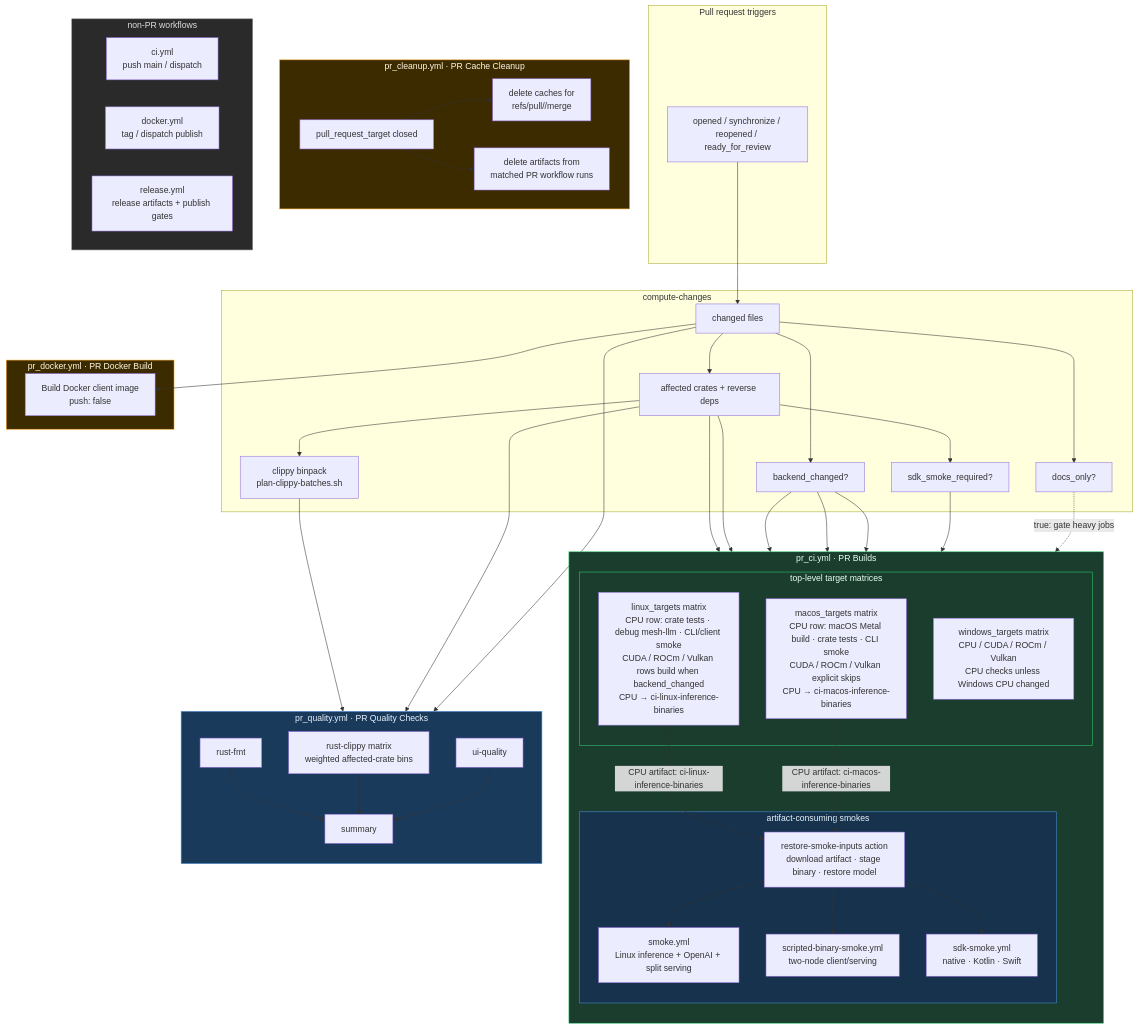
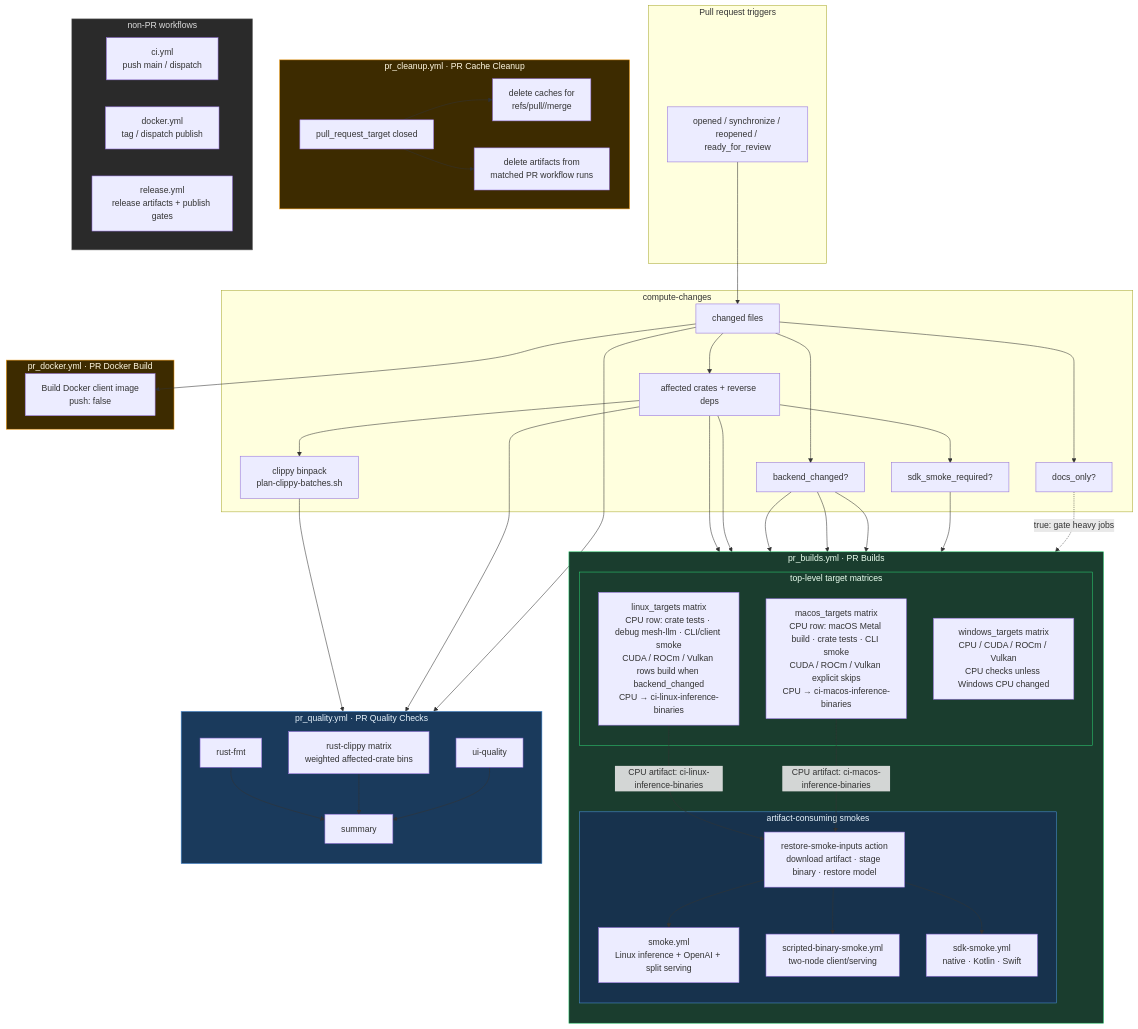
The diagram in ci/ci.md (michaelneale/mesh-llm), drawn with Mermaid before and after one commit. The commit also changed other lines of this file and 6 other files, not shown here.

```diff
--- a/ci/ci.md
+++ b/ci/ci.md
@@ -34,7 +34,7 @@
     Affected --> Fmt
     Files --> UIQ
 
-subgraph PRCI["pr_ci.yml · PR Builds"]
+subgraph PRCI["pr_builds.yml · PR Builds"]
         direction TB
         subgraph Producers["top-level target matrices"]
             LinuxTargets["linux_targets matrix\nCPU row: crate tests · debug mesh-llm · CLI/client smoke\nCUDA / ROCm / Vulkan rows build when backend_changed\nCPU → ci-linux-inference-binaries"]
```
